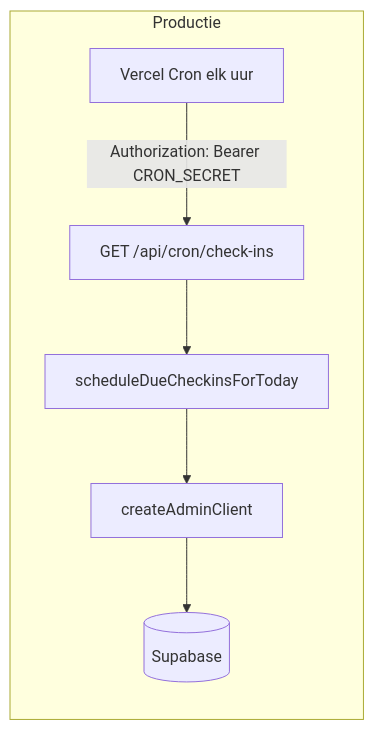
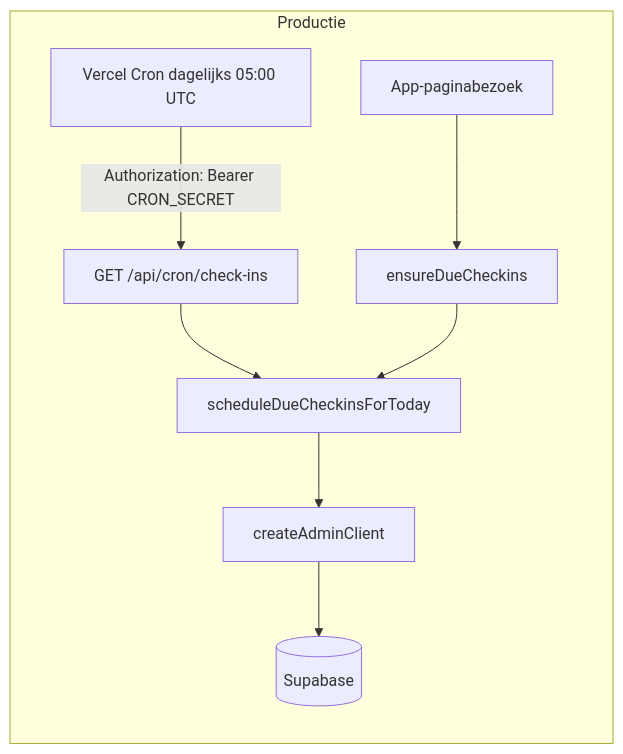
One commit to tessavermeulen07/lumina changed the diagram in .cursor/plans/productie-cron-scheduler.md. Above: the diagram before and after it, drawn with Mermaid. The commit also changed other lines of this file and 4 other files, not shown here.

Commit message:
fix: use hybrid check-in scheduling for Vercel Hobby cron limit

````diff
--- a/.cursor/plans/productie-cron-scheduler.md
+++ b/.cursor/plans/productie-cron-scheduler.md
@@ -26,14 +26,18 @@
 ```mermaid
 flowchart LR
   subgraph prod [Productie]
-    VercelCron["Vercel Cron elk uur"]
+    VercelCron["Vercel Cron dagelijks 05:00 UTC"]
+    AppVisit["App-paginabezoek"]
     CronRoute["GET /api/cron/check-ins"]
+    EnsureDue["ensureDueCheckins"]
     Scheduler[scheduleDueCheckinsForToday]
     AdminClient[createAdminClient]
     DB[(Supabase)]
   end
   VercelCron -->|"Authorization: Bearer CRON_SECRET"| CronRoute
+  AppVisit --> EnsureDue
   CronRoute --> Scheduler
+  EnsureDue --> Scheduler
   Scheduler --> AdminClient
   AdminClient --> DB
 ```
````
